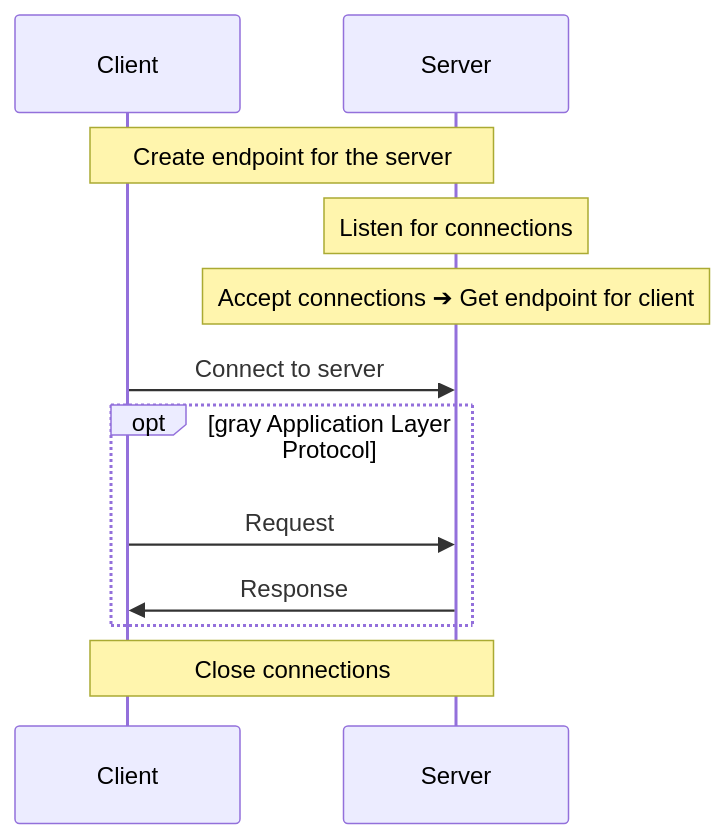
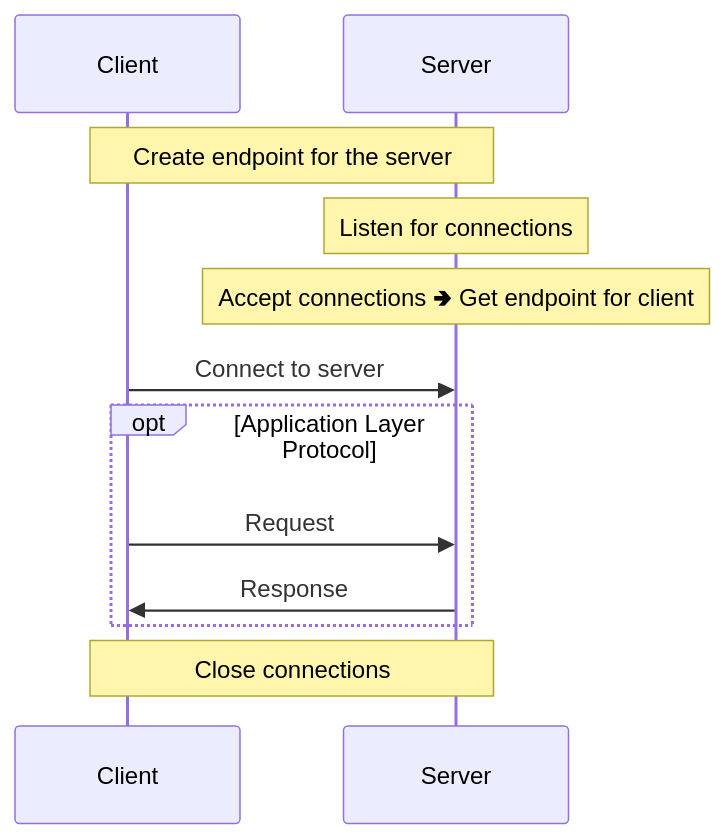
Before and after one commit to L0bstr/clawnet: the diagram in docs/sections/tcp_connections.md, drawn with Mermaid. The commit also changed other lines of this file and 2 other files, not shown here.

````diff
--- a/docs/sections/tcp_connections.md
+++ b/docs/sections/tcp_connections.md
@@ -19,15 +19,15 @@
 ```mermaid
 sequenceDiagram
     participant C as Client
     participant S as Server
 
     Note over S, C: Create endpoint for the server
     Note over S: Listen for connections
-    Note over S: Accept connections ➔ Get endpoint for client
+    Note over S: Accept connections 🢂 Get endpoint for client
     C->>S: Connect to server
-    opt gray Application Layer Protocol
+    opt Application Layer Protocol
         C->>S: Request
         S->>C: Response
     end
     Note over S, C: Close connections
 ```
````
